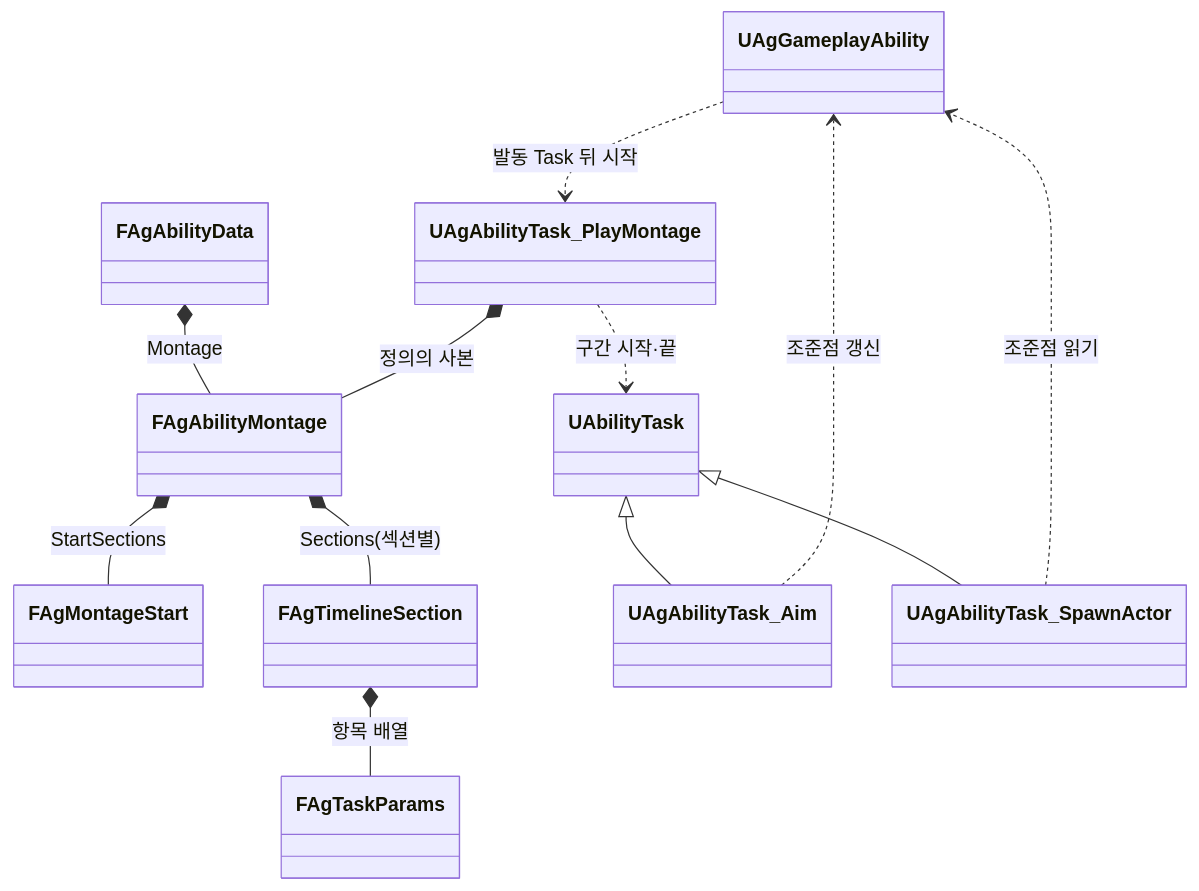
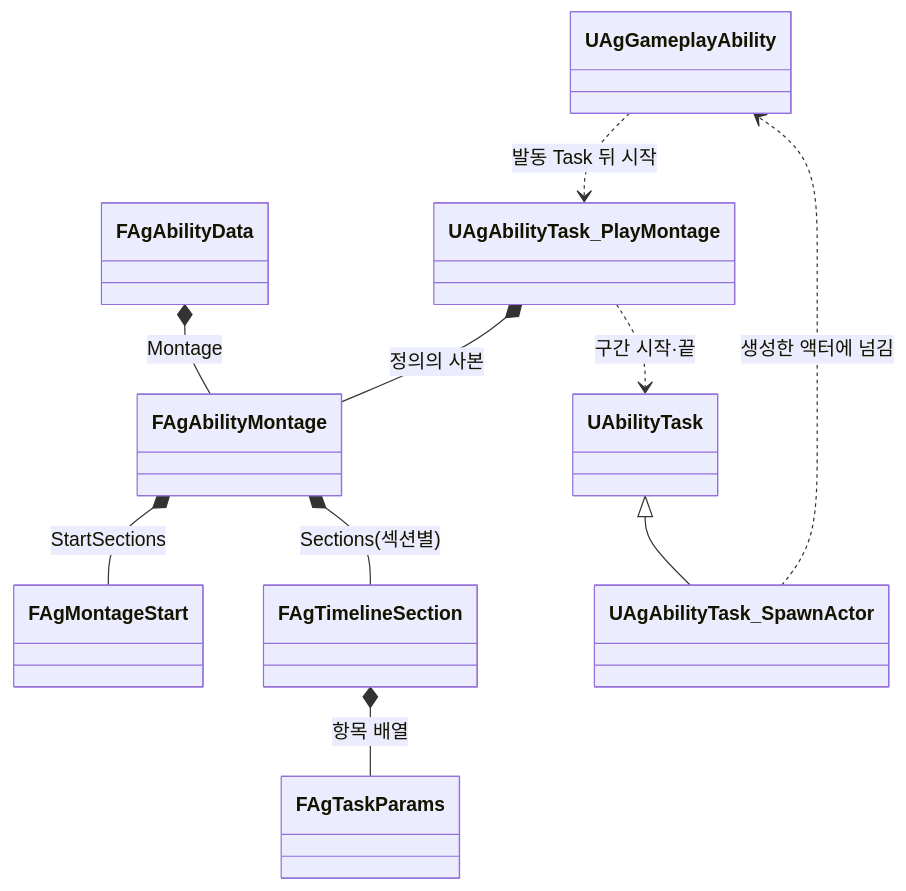
Before and after one commit to Woogl/Ag: the diagram in Docs/Architecture/몽타주 타임라인과 구간 판정.md, drawn with Mermaid. The commit also changed other lines of this file and 38 other files, not shown here.

````diff
--- a/Docs/Architecture/몽타주 타임라인과 구간 판정.md
+++ b/Docs/Architecture/몽타주 타임라인과 구간 판정.md
@@ -56,15 +55,13 @@
 ```mermaid
 classDiagram
     direction TB
     FAgAbilityData *-- FAgAbilityMontage : Montage
     FAgAbilityMontage *-- FAgMontageStart : StartSections
     FAgAbilityMontage *-- FAgTimelineSection : Sections(섹션별)
     FAgTimelineSection *-- FAgTaskParams : 항목 배열
     UAgGameplayAbility ..> UAgAbilityTask_PlayMontage : 발동 Task 뒤 시작
     UAgAbilityTask_PlayMontage *-- FAgAbilityMontage : 정의의 사본
     UAgAbilityTask_PlayMontage ..> UAbilityTask : 구간 시작·끝
-    UAbilityTask <|-- UAgAbilityTask_Aim
     UAbilityTask <|-- UAgAbilityTask_SpawnActor
-    UAgAbilityTask_Aim ..> UAgGameplayAbility : 조준점 갱신
-    UAgAbilityTask_SpawnActor ..> UAgGameplayAbility : 조준점 읽기
+    UAgAbilityTask_SpawnActor ..> UAgGameplayAbility : 생성한 액터에 넘김
 ```
````
